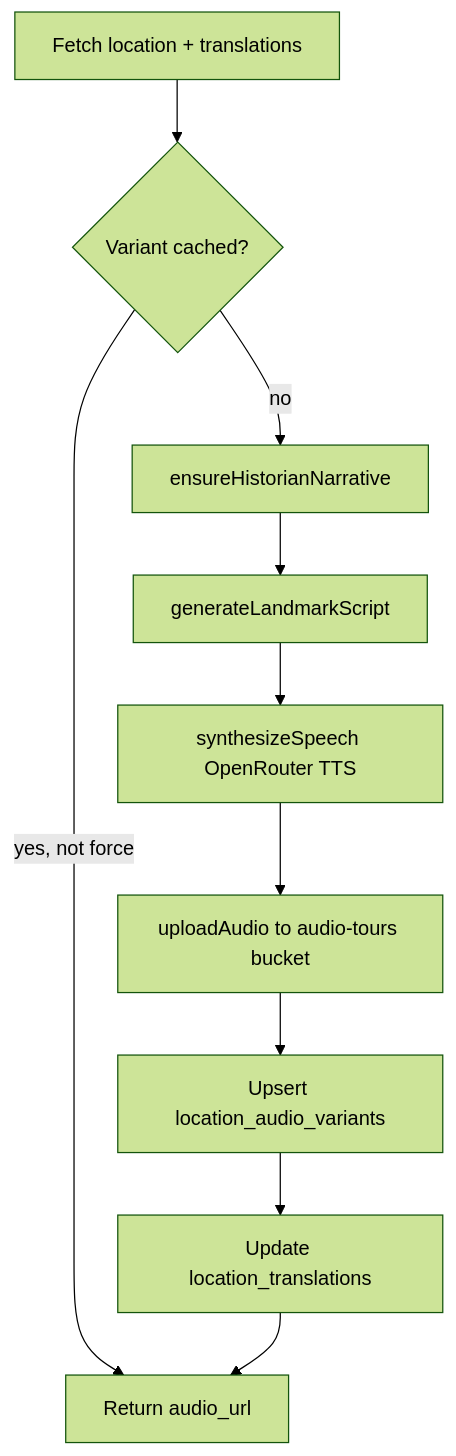
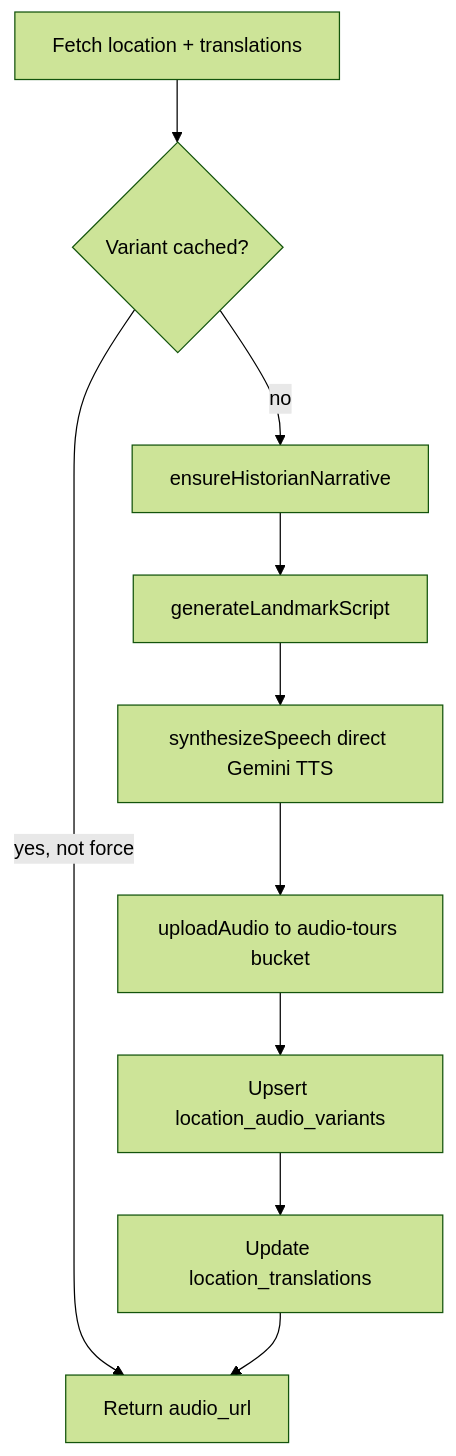
The diagram in docs/backend.md (adrienns/talesofbudapest), drawn with Mermaid (forest theme) before and after one commit. The commit also changed other lines of this file and 8 other files, not shown here.

````diff
--- a/docs/backend.md
+++ b/docs/backend.md
@@ -47,12 +48,12 @@
 ```mermaid
 flowchart TD
   A[Fetch location + translations] --> B{Variant cached?}
   B -->|yes, not force| Z[Return audio_url]
   B -->|no| C[ensureHistorianNarrative]
   C --> D[generateLandmarkScript]
-  D --> E[synthesizeSpeech OpenRouter TTS]
+  D --> E[synthesizeSpeech direct Gemini TTS]
   E --> F[uploadAudio to audio-tours bucket]
   F --> G[Upsert location_audio_variants]
   G --> H[Update location_translations]
   H --> Z
 ```
````
